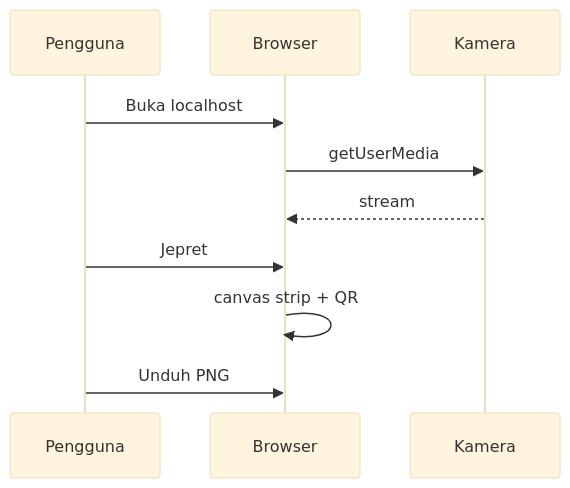
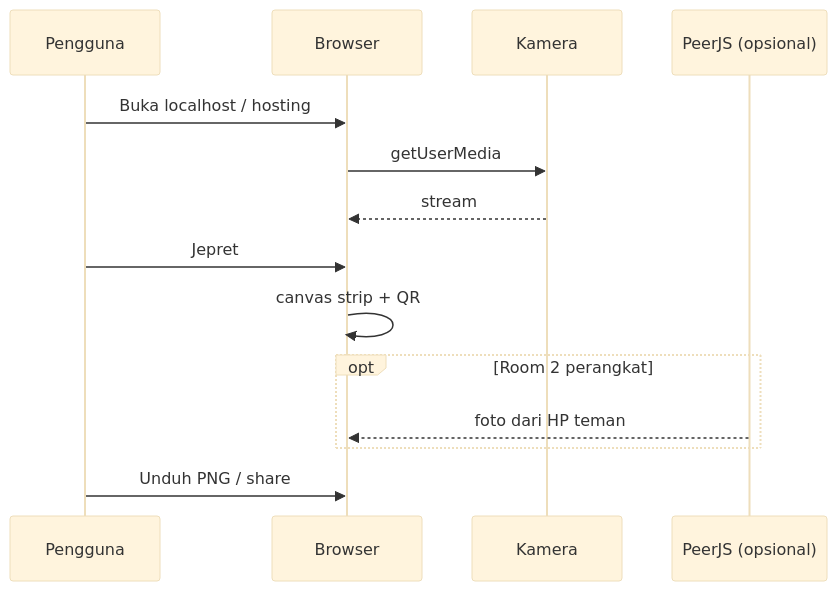
One commit to indra260/photobooth changed the diagram in PRODUCT.md. Above: the diagram before and after it, drawn with Mermaid (base theme). The commit also changed other lines of this file and 31 other files, not shown here.

````diff
--- a/PRODUCT.md
+++ b/PRODUCT.md
@@ -36,12 +41,16 @@
 ```mermaid
 sequenceDiagram
   participant U as Pengguna
   participant B as Browser
   participant C as Kamera
-  U->>B: Buka localhost
+  participant P as PeerJS (opsional)
+  U->>B: Buka localhost / hosting
   B->>C: getUserMedia
   C-->>B: stream
   U->>B: Jepret
   B->>B: canvas strip + QR
-  U->>B: Unduh PNG
+  opt Room 2 perangkat
+    P-->>B: foto dari HP teman
+  end
+  U->>B: Unduh PNG / share
 ```
````
